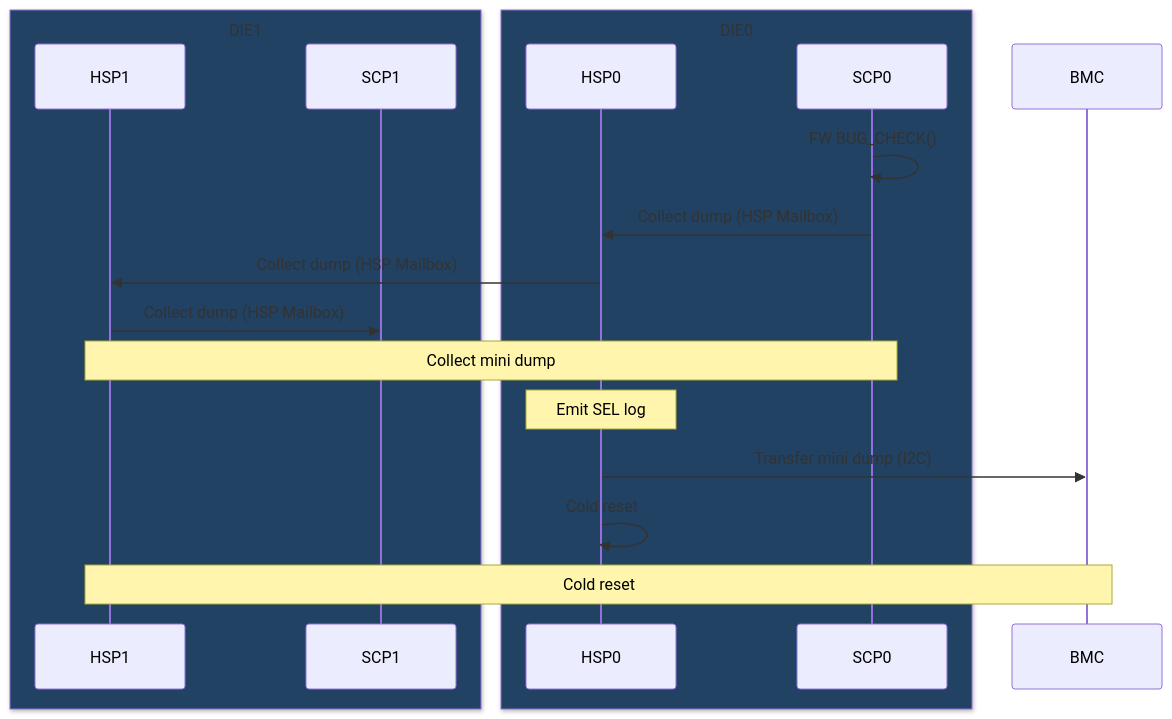
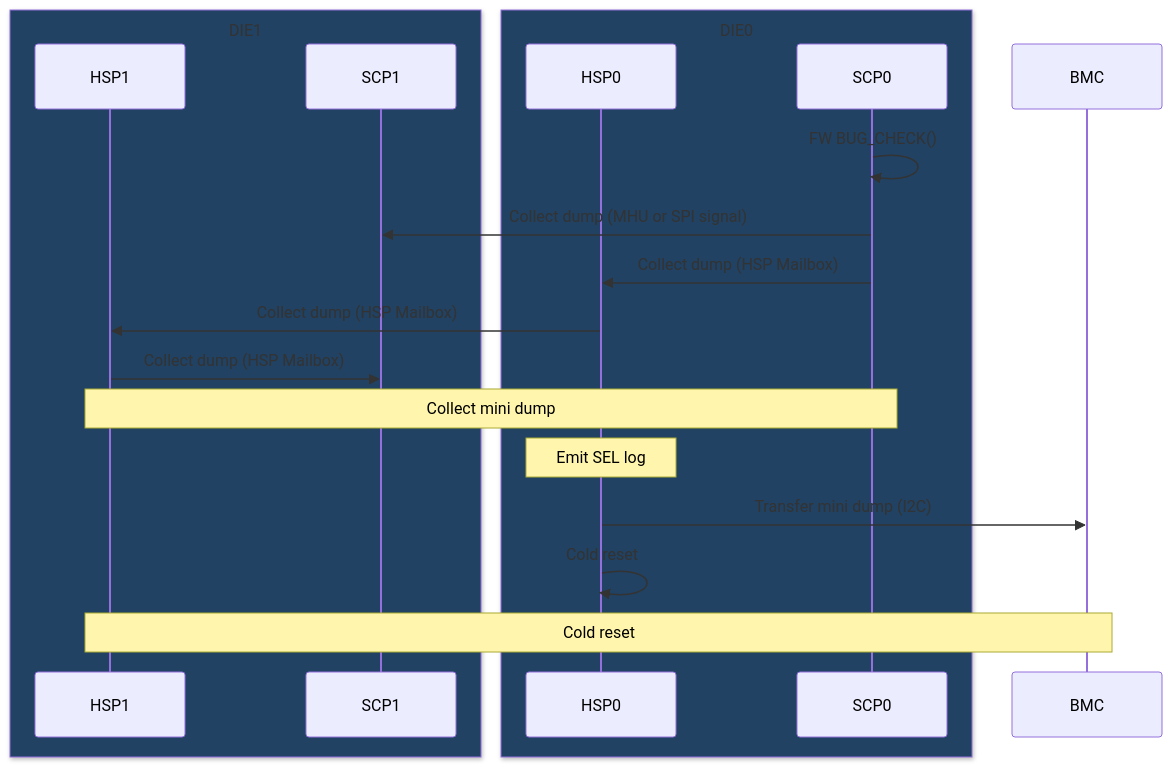
Before and after one commit to jivahire-com/cpp-thread-safe-cache: the second of 5 diagrams in docs/development/FirmwareDesign/CrashDump.md, drawn with Mermaid. The commit also changed other lines of this file and 30 other files, not shown here.

First line of the commit message:
Merged PR 106519: Refactor crashdump to have both mini and full dump for SCP post boot.

````diff
--- a/docs/development/FirmwareDesign/CrashDump.md
+++ b/docs/development/FirmwareDesign/CrashDump.md
@@ -434,24 +435,25 @@
 ```mermaid
 sequenceDiagram
 box rgb(33,66,99) DIE1
     participant HSP1
     participant SCP1
 end
 box rgb(33,66,99) DIE0
     participant HSP0
     participant SCP0
 end
     participant BMC
 
     SCP0->>SCP0: FW BUG_CHECK()
+    SCP0->>SCP1: Collect dump (MHU or SPI signal)
     SCP0->>HSP0: Collect dump (HSP Mailbox)
     HSP0->>HSP1: Collect dump (HSP Mailbox)
     HSP1->>SCP1: Collect dump (HSP Mailbox)
     Note over HSP1, SCP0: Collect mini dump
 
     Note over HSP0: Emit SEL log
     HSP0->>BMC: Transfer mini dump (I2C)
 
     HSP0->>HSP0: Cold reset
     Note over HSP1,BMC: Cold reset
 ```
````
